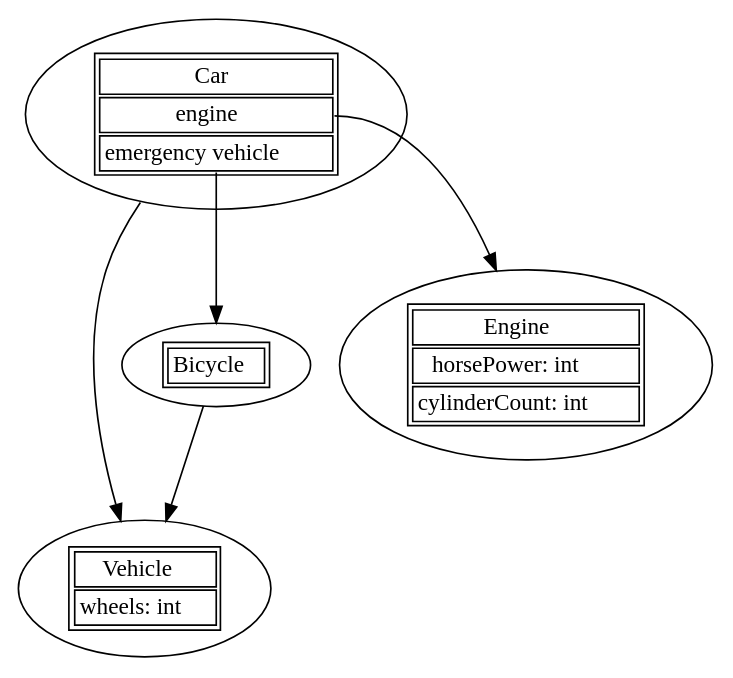
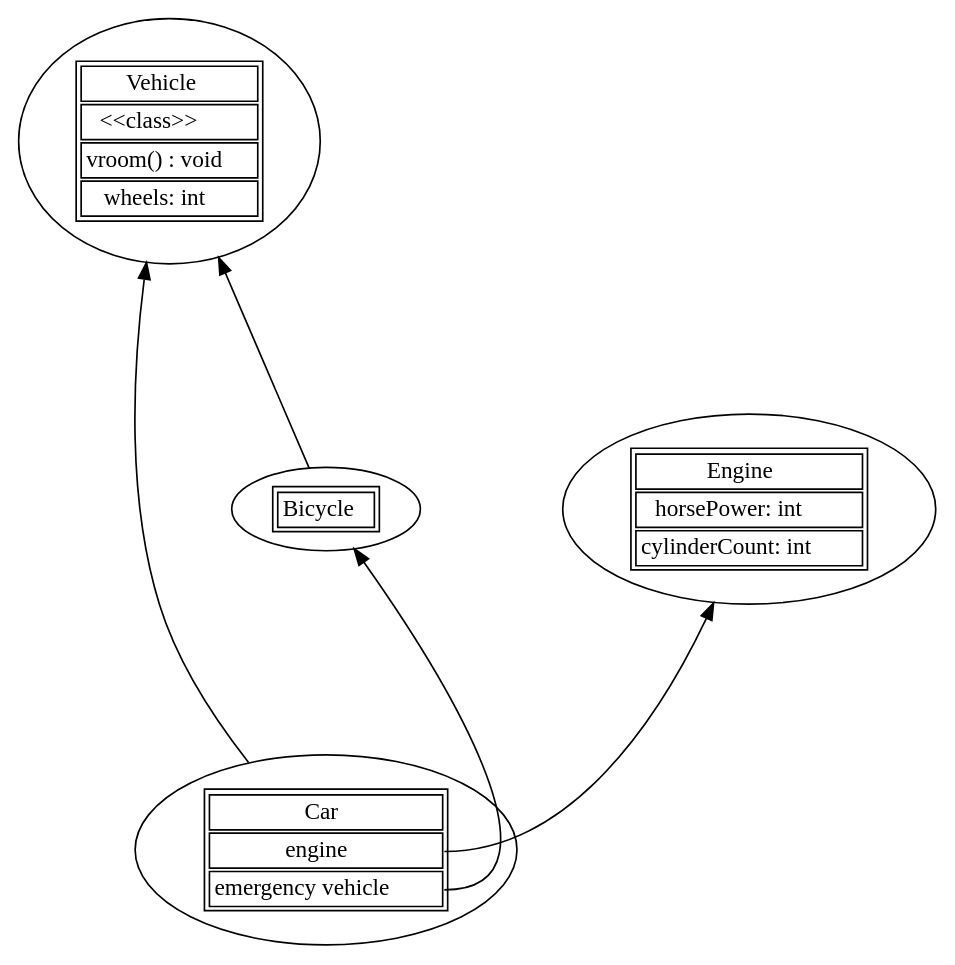
The diagram in example/classes.dot (stemey/dotstyle), drawn with Graphviz before and after one commit. The commit also changed 9 other files, not shown here.

```diff
--- a/example/classes.dot
+++ b/example/classes.dot
@@ -1,56 +1,62 @@
 digraph{
    
-   rankdir="TB";
-   
-
    style= "classes.dss";
-
+	rankdir="BT";
+ 	ranksep="1.25"; 
+	nodesep="1.2";
+  
    Car -> Vehicle [tooltip="extends"]
    Bicycle -> Vehicle [tooltip="extends"]
+   Car:emergency -> Bicycle [tooltip="has"]
    Car:engine -> Engine [tooltip="has"]
-   Car:emergency -> Bicycle [tooltip="has"]
 
-   
-   Engine[label=<<table>
+    
+   Engine[label=<<table> 
    		<tr>
    			<td><font>Engine</font></td>
    		</tr>
-   		<tr>
- 		   	<td>horsePower: int</td>
-		</tr>
+    		<tr>
+ 	 	   	<td>horsePower: int</td> 
+		</tr> 
 		<tr>
-			<td>cylinderCount: int</td>
+			<td>cylinderCount: int</td> 
 		</tr>
    		
-   	</table>>]
+   	</table>>]  
    
-   Vehicle[label=<<table>
+   Vehicle[label=<<table > 
    		<tr>
    			<td><font>Vehicle</font></td>
-		</tr>   		
-  		<tr>
+		</tr>    		
+   		<tr type="stereotype">
+   			<td>&lt;&lt;class&gt;&gt;</td>
+		</tr>    		
+   		<tr>
+ 		   	<td >vroom() : void</td>
+		</tr>
+   		<tr>
  		   	<td>wheels: int</td>
 		</tr>
-   	</table>>]
+    	</table>>]
    
    Car[label=<<table>
    		<tr>
    			<td><font>Car</font></td>
-		</tr>   		
+		</tr>  
    		<tr>
    			<td port="engine">engine</td>
 		</tr>   		
    		<tr>
    			<td port="emergency">emergency vehicle</td>
 		</tr>   		
    	</table>>]
    
    Bicycle[label=<<table>
    		<tr>
    			<td><font>Bicycle</font></td>
 		</tr>   		
    	</table>>]
    
 
 
 }
```
